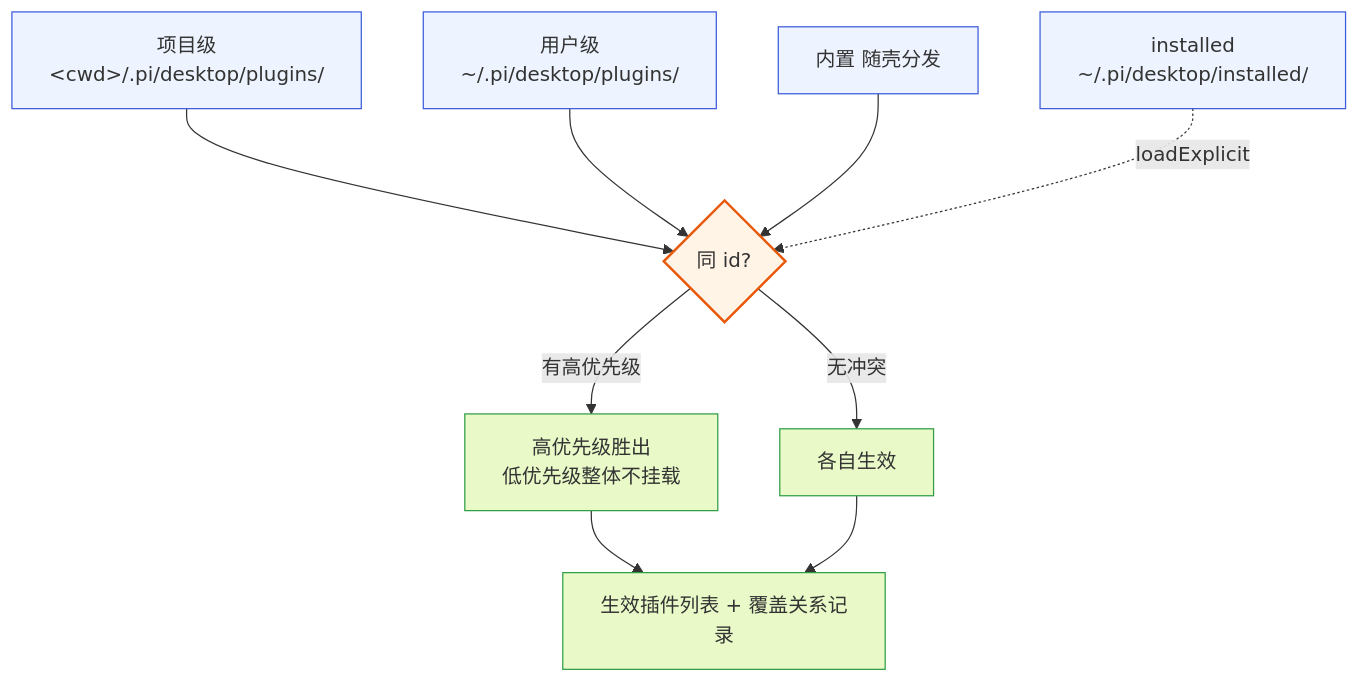
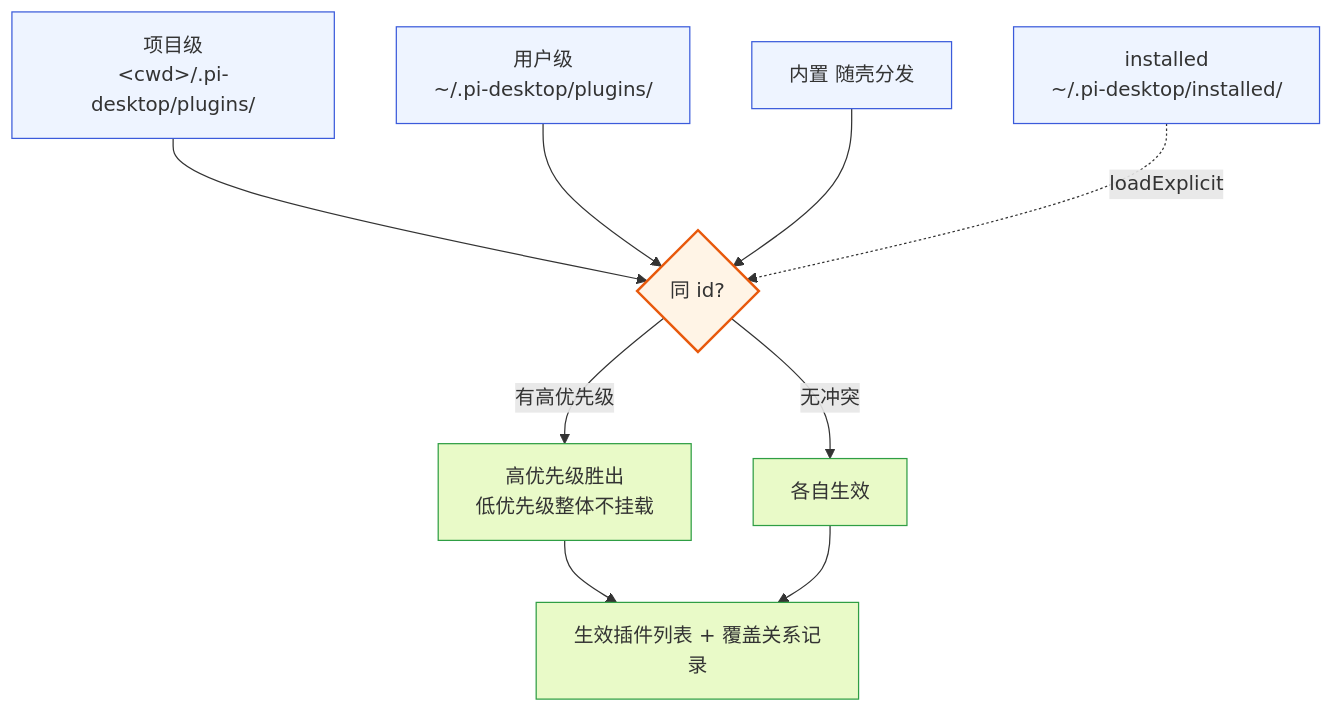
Before and after one commit to GOODDAYDAY/my-harness-desktop: the fifth of 19 diagrams in docs/modules/04-module-plugin-loader.md, drawn with Mermaid. The commit also changed other lines of this file and 21 other files, not shown here.

````diff
--- a/docs/modules/04-module-plugin-loader.md
+++ b/docs/modules/04-module-plugin-loader.md
@@ -475,17 +475,17 @@
 ```mermaid
 flowchart TD
-    D1["项目级<br/>&lt;cwd&gt;/.pi/desktop/plugins/"] --> M{"同 id?"}
-    D2["用户级<br/>~/.pi/desktop/plugins/"] --> M
+    D1["项目级<br/>&lt;cwd&gt;/.pi-desktop/plugins/"] --> M{"同 id?"}
+    D2["用户级<br/>~/.pi-desktop/plugins/"] --> M
     D3["内置 随壳分发"] --> M
-    D4["installed<br/>~/.pi/desktop/installed/"] -.->|loadExplicit| M
+    D4["installed<br/>~/.pi-desktop/installed/"] -.->|loadExplicit| M
     M -->|"有高优先级"| WIN["高优先级胜出<br/>低优先级整体不挂载"]
     M -->|"无冲突"| ALL["各自生效"]
     WIN --> RES["生效插件列表 + 覆盖关系记录"]
     ALL --> RES
     classDef dir fill:#eef4ff,stroke:#3b5bdb;
     classDef dec fill:#fff4e6,stroke:#e8590c,stroke-width:2px;
     classDef res fill:#e9fac8,stroke:#2f9e44;
     class D1,D2,D3,D4 dir;
     class M dec;
     class WIN,ALL,RES res;
 ```
````
